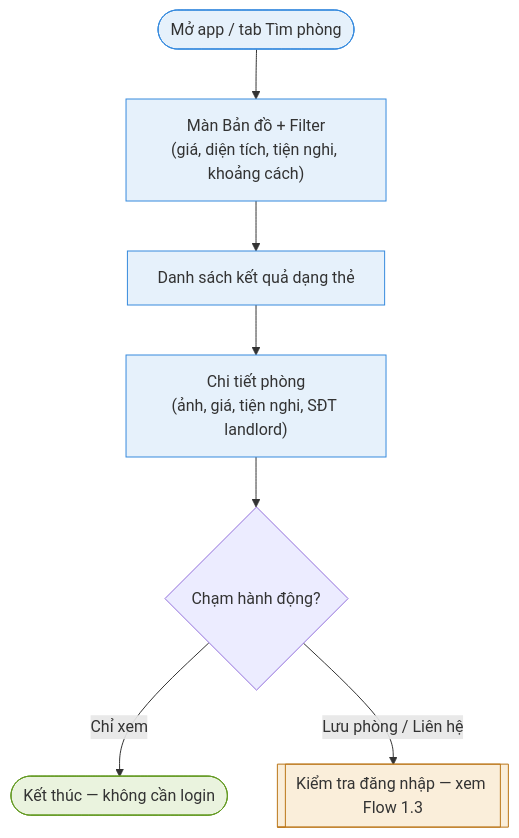
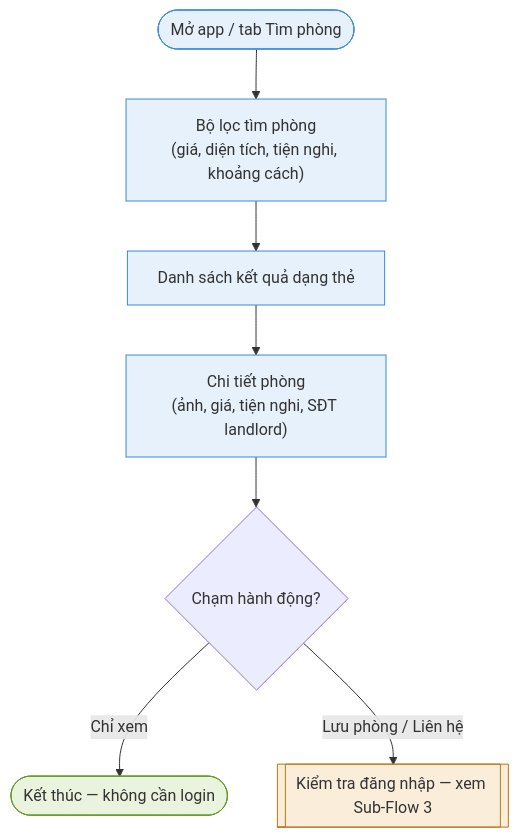
One commit to pbl6-home-renter/docs changed the second of 17 diagrams in phase-1/discovery/user_flow/tenant-user-flow.md. Above: the diagram before and after it, drawn with Mermaid. The commit also changed other lines of this file and 6 other files, not shown here.

````diff
--- a/phase-1/discovery/user_flow/tenant-user-flow.md
+++ b/phase-1/discovery/user_flow/tenant-user-flow.md
@@ -102,16 +62,16 @@
 ```mermaid
 flowchart TD
-    Start(["Mở app / tab Tìm phòng"]) --> Map["Màn Bản đồ + Filter\n(giá, diện tích, tiện nghi, khoảng cách)"]
-    Map --> List["Danh sách kết quả dạng thẻ"]
+    Start(["Mở app / tab Tìm phòng"]) --> Filter["Bộ lọc tìm phòng\n(giá, diện tích, tiện nghi, khoảng cách)"]
+    Filter --> List["Danh sách kết quả dạng thẻ"]
     List --> Detail["Chi tiết phòng\n(ảnh, giá, tiện nghi, SĐT landlord)"]
     Detail --> Action{"Chạm hành động?"}
     Action -->|"Chỉ xem"| End1(["Kết thúc — không cần login"])
-    Action -->|"Lưu phòng / Liên hệ"| Gate[["Kiểm tra đăng nhập — xem Flow 1.3"]]
+    Action -->|"Lưu phòng / Liên hệ"| Gate[["Kiểm tra đăng nhập — xem Sub-Flow 3"]]
 
     style Start fill:#e6f1fb,stroke:#378add
-    style Map fill:#e6f1fb,stroke:#378add
+    style Filter fill:#e6f1fb,stroke:#378add
     style List fill:#e6f1fb,stroke:#378add
     style Detail fill:#e6f1fb,stroke:#378add
     style End1 fill:#eaf3de,stroke:#639922
     style Gate fill:#faeeda,stroke:#ba7517
 ```
````
